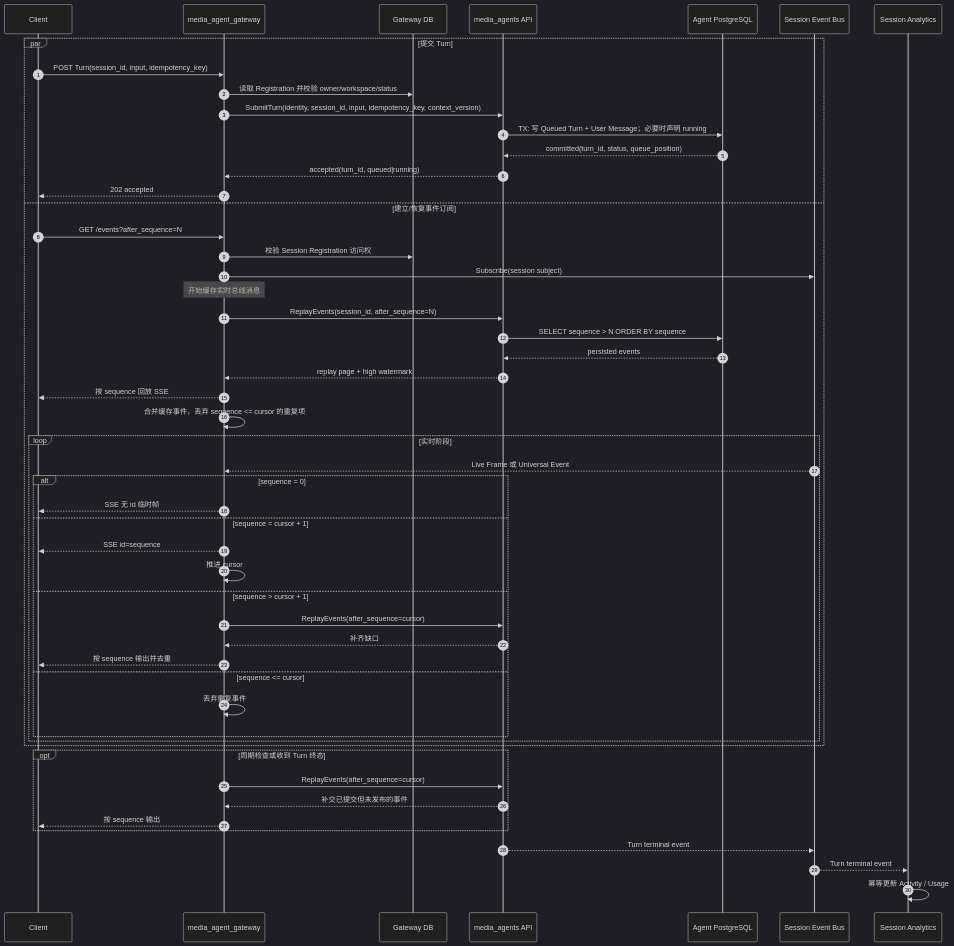
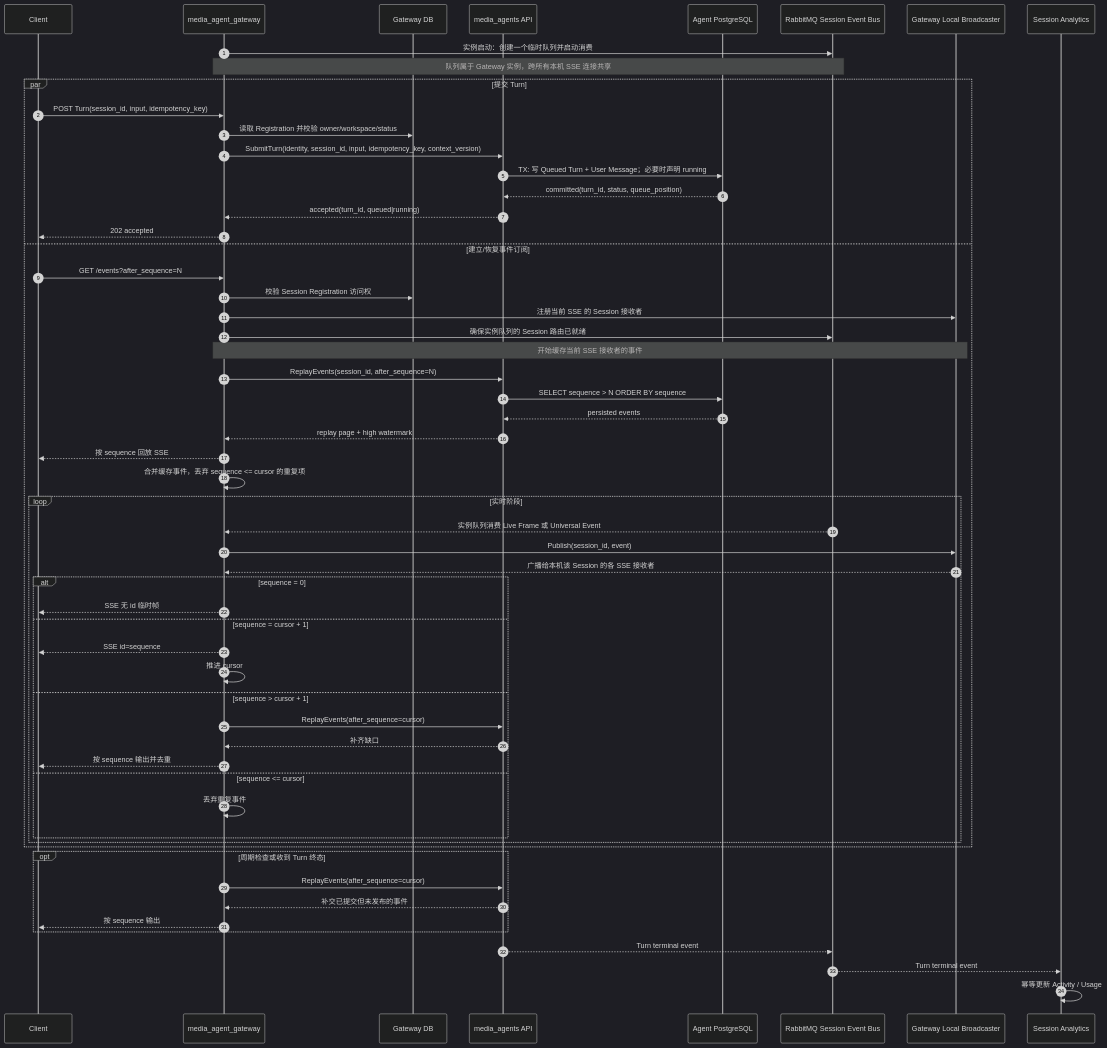
One commit to hotttao/media_agent changed the diagram in docs/ddd/media_agent_gateway/workflow/0001-run_turn/run_turn.md. Above: the diagram before and after it, drawn with Mermaid (dark theme). The commit also changed other lines of this file and 355 other files, not shown here.

Commit message:
feat(agent): implement runtime architecture through workload provisioning

````diff
--- a/docs/ddd/media_agent_gateway/workflow/0001-run_turn/run_turn.md
+++ b/docs/ddd/media_agent_gateway/workflow/0001-run_turn/run_turn.md
@@ -33,57 +33,64 @@
 ```mermaid
 sequenceDiagram
     autonumber
     participant C as Client
     participant G as media_agent_gateway
     participant GD as Gateway DB
     participant A as media_agents API
     participant AD as Agent PostgreSQL
-    participant B as Session Event Bus
+    participant B as RabbitMQ Session Event Bus
+    participant L as Gateway Local Broadcaster
     participant X as Session Analytics
+
+    G->>B: 实例启动：创建一个临时队列并启动消费
+    Note over G,B: 队列属于 Gateway 实例，跨所有本机 SSE 连接共享
 
     par 提交 Turn
         C->>G: POST Turn(session_id, input, idempotency_key)
         G->>GD: 读取 Registration 并校验 owner/workspace/status
         G->>A: SubmitTurn(identity, session_id, input, idempotency_key, context_version)
         A->>AD: TX: 写 Queued Turn + User Message；必要时声明 running
         AD-->>A: committed(turn_id, status, queue_position)
         A-->>G: accepted(turn_id, queued|running)
         G-->>C: 202 accepted
     and 建立/恢复事件订阅
         C->>G: GET /events?after_sequence=N
         G->>GD: 校验 Session Registration 访问权
-        G->>B: Subscribe(session subject)
-        Note over G: 开始缓存实时总线消息
+        G->>L: 注册当前 SSE 的 Session 接收者
+        G->>B: 确保实例队列的 Session 路由已就绪
+        Note over G,L: 开始缓存当前 SSE 接收者的事件
         G->>A: ReplayEvents(session_id, after_sequence=N)
         A->>AD: SELECT sequence > N ORDER BY sequence
         AD-->>A: persisted events
         A-->>G: replay page + high watermark
         G-->>C: 按 sequence 回放 SSE
         G->>G: 合并缓存事件，丢弃 sequence <= cursor 的重复项
         loop 实时阶段
-            B-->>G: Live Frame 或 Universal Event
+            B-->>G: 实例队列消费 Live Frame 或 Universal Event
+            G->>L: Publish(session_id, event)
+            L-->>G: 广播给本机该 Session 的各 SSE 接收者
             alt sequence = 0
                 G-->>C: SSE 无 id 临时帧
             else sequence = cursor + 1
                 G-->>C: SSE id=sequence
                 G->>G: 推进 cursor
             else sequence > cursor + 1
                 G->>A: ReplayEvents(after_sequence=cursor)
                 A-->>G: 补齐缺口
                 G-->>C: 按 sequence 输出并去重
             else sequence <= cursor
                 G->>G: 丢弃重复事件
             end
         end
     end
 
     opt 周期检查或收到 Turn 终态
         G->>A: ReplayEvents(after_sequence=cursor)
         A-->>G: 补交已提交但未发布的事件
         G-->>C: 按 sequence 输出
     end
 
     A-->>B: Turn terminal event
     B-->>X: Turn terminal event
     X->>X: 幂等更新 Activity / Usage
 ```
````
